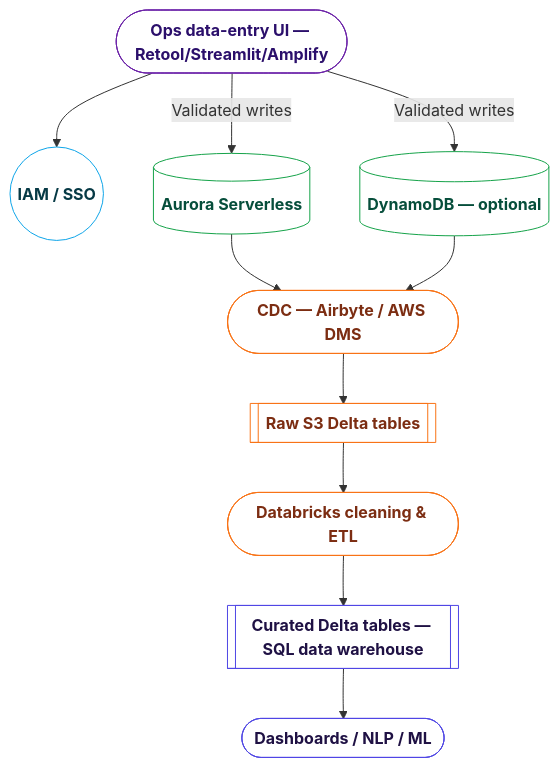
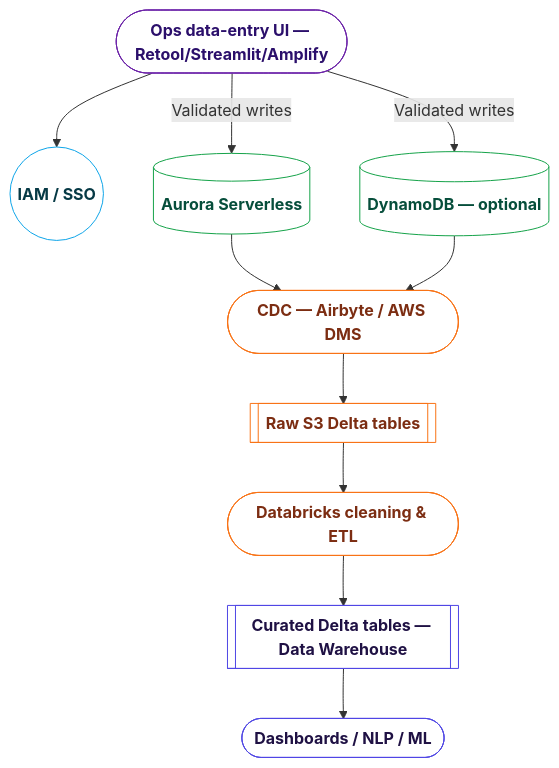
Before and after one commit to dinkarkumardk/3rdAssignment: the second of 3 diagrams in SCALABILITY_AND_DATA_PLATFORM_STRATEGY.md, drawn with Mermaid. The commit also changed other lines of this file, not shown here.

````diff
--- a/SCALABILITY_AND_DATA_PLATFORM_STRATEGY.md
+++ b/SCALABILITY_AND_DATA_PLATFORM_STRATEGY.md
@@ -89,32 +89,32 @@
 ```mermaid
 flowchart TB
 	classDef ui fill:#ffffff,stroke:#6b21a8,stroke-width:1px,color:#2b0f6b,font-weight:700;
 	classDef auth fill:#ffffff,stroke:#0ea5e9,stroke-width:1px,color:#063945,font-weight:700;
 	classDef opstore fill:#ffffff,stroke:#16a34a,stroke-width:1px,color:#064e3b,font-weight:700;
 	classDef pipeline fill:#ffffff,stroke:#f97316,stroke-width:1px,color:#7c2d12,font-weight:700;
 	classDef consumer fill:#ffffff,stroke:#4f46e5,stroke-width:1px,color:#1f1144,font-weight:700;
 
 	UI([Ops data-entry UI — Retool/Streamlit/Amplify])
 	Auth((IAM / SSO))
 	Aurora[(Aurora Serverless)]
 	Dynamo[(DynamoDB — optional)]
 	CDC([CDC — Airbyte / AWS DMS])
 	RawS3[[Raw S3 Delta tables]]
 	ETL([Databricks cleaning & ETL])
-	Curated[[Curated Delta tables — SQL data warehouse]]
+	Curated[[Curated Delta tables — Data Warehouse]]
 	Consumers([Dashboards / NLP / ML])
 
 	UI -->|Validated writes| Aurora
 	UI -->|Validated writes| Dynamo
 	UI --> Auth
 	Aurora --> CDC
 	Dynamo --> CDC
 	CDC --> RawS3
 	RawS3 --> ETL --> Curated --> Consumers
 
 	class UI ui;
 	class Auth auth;
 	class Aurora,Dynamo opstore;
 	class CDC,RawS3,ETL pipeline;
 	class Curated,Consumers consumer;
 ```
````
